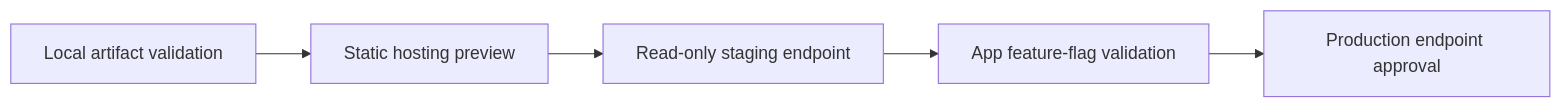
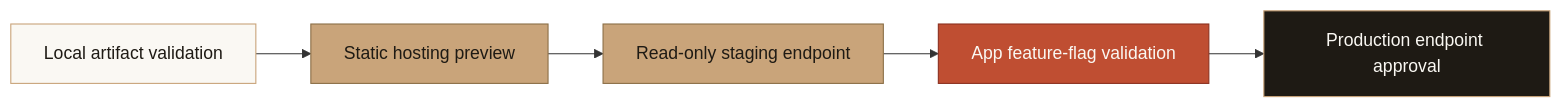
Before and after one commit to Wallet-Wall/walletwall-vault: the third of 5 diagrams in docs/Hosted_Evidence_Endpoint_Deployment_Plan.md, drawn with Mermaid. The commit also changed other lines of this file and 8 other files, not shown here.

Commit message:
docs: add WalletWall Mermaid colors (#136)

````diff
--- a/docs/Hosted_Evidence_Endpoint_Deployment_Plan.md
+++ b/docs/Hosted_Evidence_Endpoint_Deployment_Plan.md
@@ -246,7 +264,16 @@
 ```mermaid
 flowchart LR
   S1["Local artifact validation"] --> S2["Static hosting preview"]
   S2 --> S3["Read-only staging endpoint"]
   S3 --> S4["App feature-flag validation"]
   S4 --> S5["Production endpoint approval"]
+
+  classDef wwPrimary fill:#BF4E32,stroke:#8B3120,color:#FAF8F3,stroke-width:1px;
+  classDef wwSecondary fill:#C9A47A,stroke:#8B6F47,color:#1E1A14,stroke-width:1px;
+  classDef wwLight fill:#FAF8F3,stroke:#C9A47A,color:#1E1A14,stroke-width:1px;
+  classDef wwBoundary fill:#1E1A14,stroke:#C9A47A,color:#FAF8F3,stroke-width:1px;
+  class S1 wwLight;
+  class S2,S3 wwSecondary;
+  class S4 wwPrimary;
+  class S5 wwBoundary;
 ```
````
